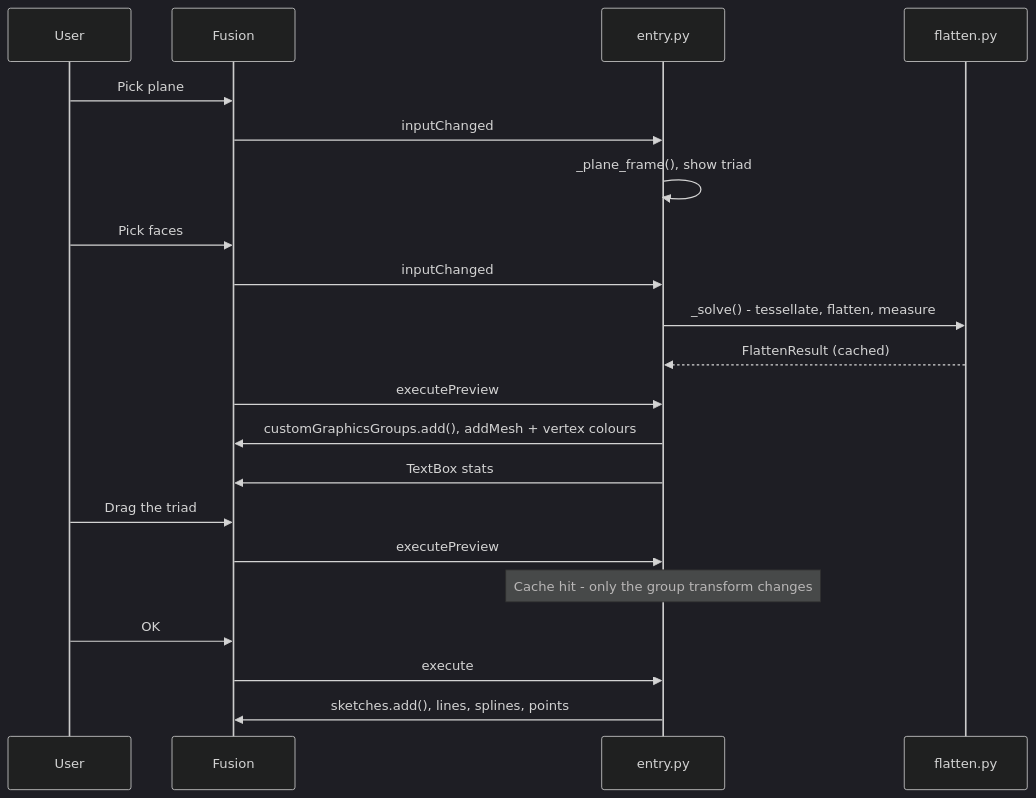
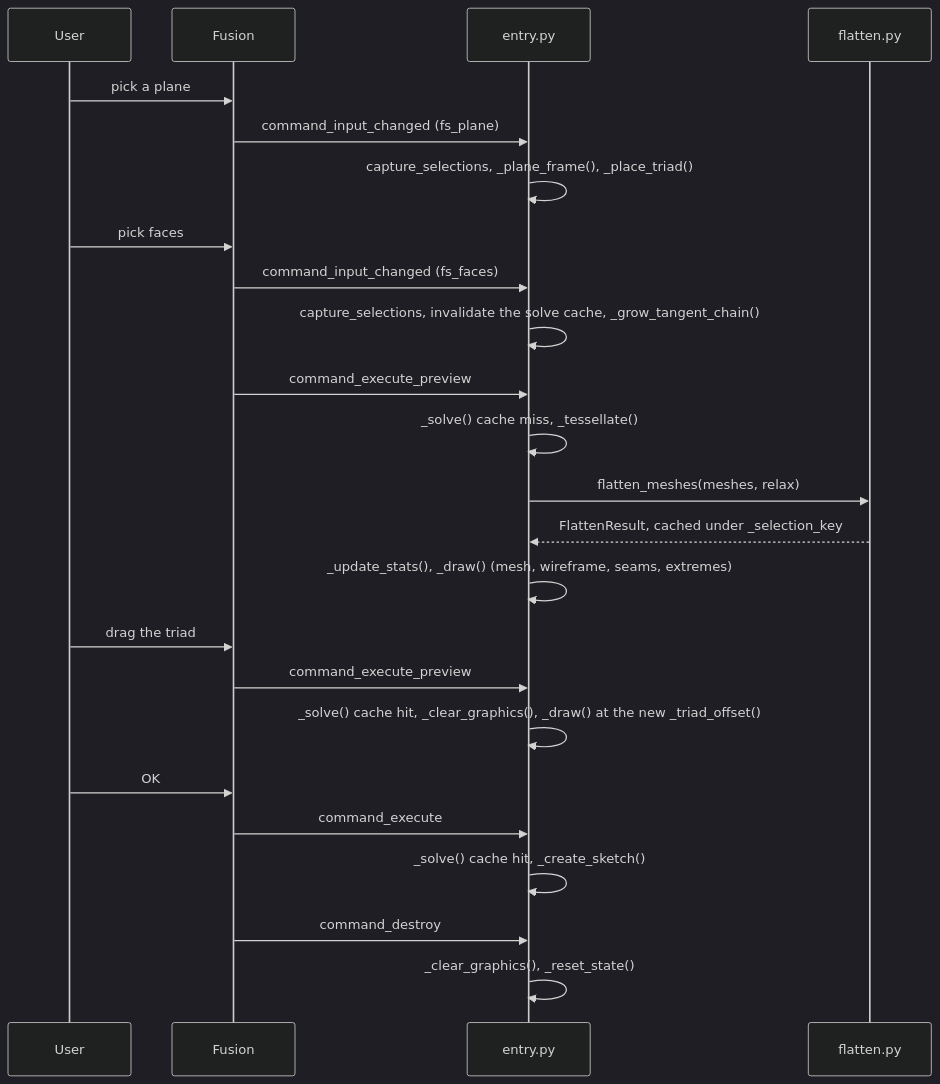
One commit to schneik80/PowerTools changed the diagram in docs/arch/Flatten Surface.md. Above: the diagram before and after it, drawn with Mermaid (dark theme). The commit also changed other lines of this file and 69 other files, not shown here.

````diff
--- a/docs/arch/Flatten Surface.md
+++ b/docs/arch/Flatten Surface.md
@@ -164,23 +98,26 @@
 ```mermaid
 sequenceDiagram
     participant U as User
     participant F as Fusion
     participant E as entry.py
     participant C as flatten.py
-    U->>F: Pick plane
-    F->>E: inputChanged
-    E->>E: _plane_frame(), show triad
-    U->>F: Pick faces
-    F->>E: inputChanged
-    E->>C: _solve() - tessellate, flatten, measure
-    C-->>E: FlattenResult (cached)
-    F->>E: executePreview
-    E->>F: customGraphicsGroups.add(), addMesh + vertex colours
-    E->>F: TextBox stats
-    U->>F: Drag the triad
-    F->>E: executePreview
-    Note over E: Cache hit - only the group transform changes
+    U->>F: pick a plane
+    F->>E: command_input_changed (fs_plane)
+    E->>E: capture_selections, _plane_frame(), _place_triad()
+    U->>F: pick faces
+    F->>E: command_input_changed (fs_faces)
+    E->>E: capture_selections, invalidate the solve cache, _grow_tangent_chain()
+    F->>E: command_execute_preview
+    E->>E: _solve() cache miss, _tessellate()
+    E->>C: flatten_meshes(meshes, relax)
+    C-->>E: FlattenResult, cached under _selection_key
+    E->>E: _update_stats(), _draw() (mesh, wireframe, seams, extremes)
+    U->>F: drag the triad
+    F->>E: command_execute_preview
+    E->>E: _solve() cache hit, _clear_graphics(), _draw() at the new _triad_offset()
     U->>F: OK
-    F->>E: execute
-    E->>F: sketches.add(), lines, splines, points
+    F->>E: command_execute
+    E->>E: _solve() cache hit, _create_sketch()
+    F->>E: command_destroy
+    E->>E: _clear_graphics(), _reset_state()
 ```
````
